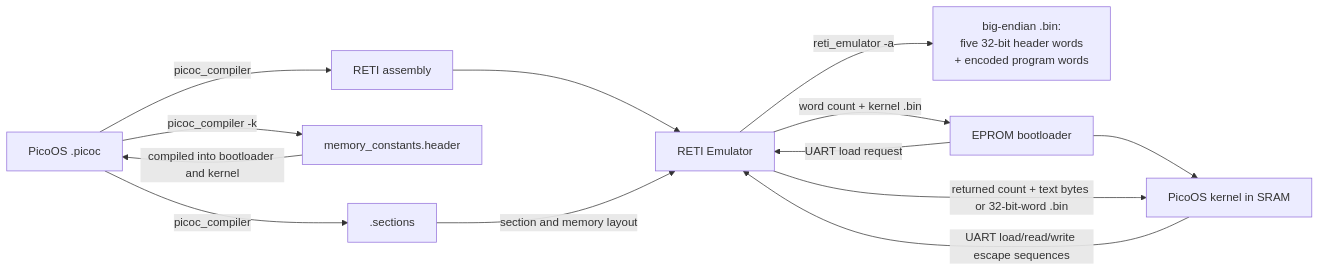
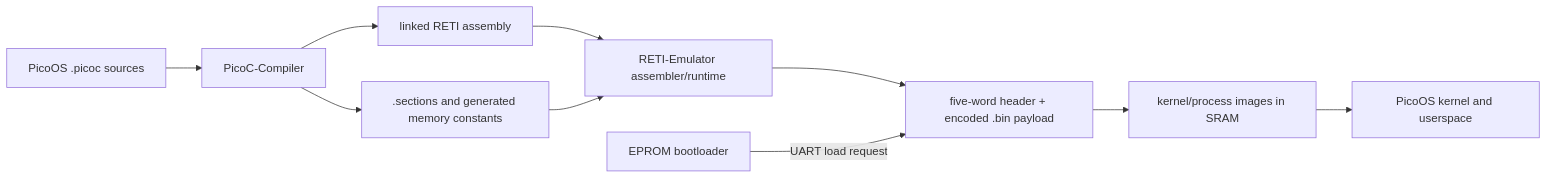
Before and after one commit to matthejue/Pico-OS: the first of 24 diagrams in README.md, drawn with Mermaid. The commit also changed other lines of this file and 19 other files, not shown here.

````diff
--- a/README.md
+++ b/README.md
@@ -110,15 +32,12 @@
 ```mermaid
 flowchart LR
-    OS["PicoOS .picoc"] -->|picoc_compiler| ASM["RETI assembly"]
-    OS -->|picoc_compiler -k| CONST["memory_constants.header"]
-    OS -->|picoc_compiler| SECTIONS[".sections"]
-    CONST -->|compiled into bootloader and kernel| OS
-    ASM --> EMU["RETI Emulator"]
-    SECTIONS -->|section and memory layout| EMU
-    EMU -->|reti_emulator -a| BIN["big-endian .bin:<br/>five 32-bit header words<br/>+ encoded program words"]
-    BOOT["EPROM bootloader"] -->|UART load request| EMU["RETI Emulator"]
-    EMU -->|word count + kernel .bin| BOOT
-    BOOT --> K["PicoOS kernel in SRAM"]
-    K -->|UART load/read/write escape sequences| EMU
-    EMU -->|returned count + text bytes or 32-bit-word .bin| K
+    SRC["PicoOS .picoc sources"] --> CPL["PicoC-Compiler"]
+    CPL --> ASM["linked RETI assembly"]
+    CPL --> SEC[".sections and generated memory constants"]
+    ASM --> EMU["RETI-Emulator assembler/runtime"]
+    SEC --> EMU
+    EMU --> BIN["five-word header + encoded .bin payload"]
+    BOOT["EPROM bootloader"] -->|UART load request| BIN
+    BIN --> SRAM["kernel/process images in SRAM"]
+    SRAM --> K["PicoOS kernel and userspace"]
 ```
````
